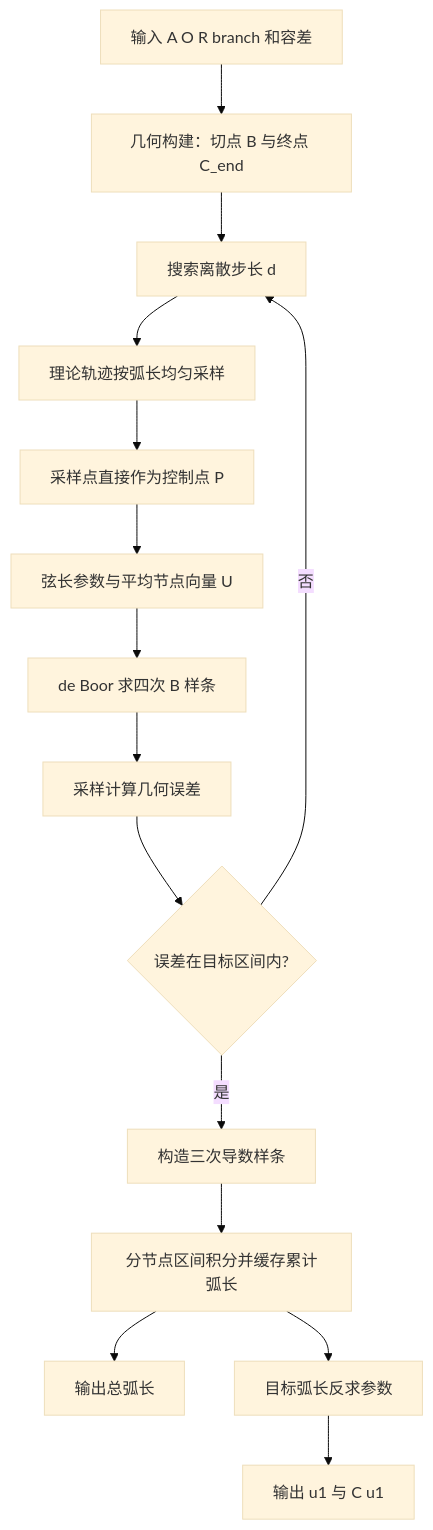
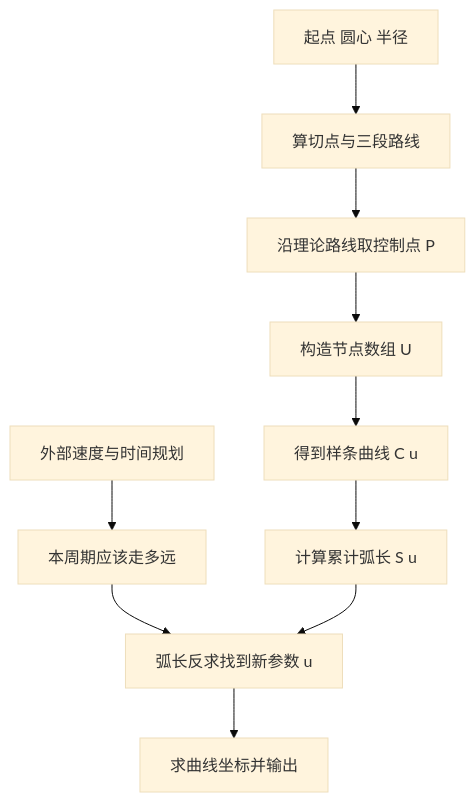
One commit to YASUNYQUIST/bspline-arc-length-c changed the diagram in docs/architecture.md. Above: the diagram before and after it, drawn with Mermaid (base theme). The commit also changed other lines of this file and 17 other files, not shown here.

Commit message:
docs: 增加切线圆轨迹配图与变量逐项解释

````diff
--- a/docs/architecture.md
+++ b/docs/architecture.md
@@ -11,17 +262,12 @@
 ```mermaid
 flowchart TD
-    IN[输入 A O R branch 和容差] --> GEO[几何构建：切点 B 与终点 C_end]
-    GEO --> SEARCH[搜索离散步长 d]
-    SEARCH --> SAMPLE[理论轨迹按弧长均匀采样]
-    SAMPLE --> CTRL[采样点直接作为控制点 P]
-    CTRL --> KNOT[弦长参数与平均节点向量 U]
-    KNOT --> EVAL[de Boor 求四次 B 样条]
-    EVAL --> ERR[采样计算几何误差]
-    ERR --> ACCEPT{误差在目标区间内?}
-    ACCEPT -->|否| SEARCH
-    ACCEPT -->|是| DER[构造三次导数样条]
-    DER --> ARC[分节点区间积分并缓存累计弧长]
-    ARC --> TOTAL[输出总弧长]
-    ARC --> INV[目标弧长反求参数]
-    INV --> OUT[输出 u1 与 C u1]
+    A[起点 圆心 半径] --> B[算切点与三段路线]
+    B --> C[沿理论路线取控制点 P]
+    C --> D[构造节点数组 U]
+    D --> E[得到样条曲线 C u]
+    E --> F[计算累计弧长 S u]
+    G[外部速度与时间规划] --> H[本周期应该走多远]
+    H --> I[弧长反求找到新参数 u]
+    F --> I
+    I --> J[求曲线坐标并输出]
 ```
````
